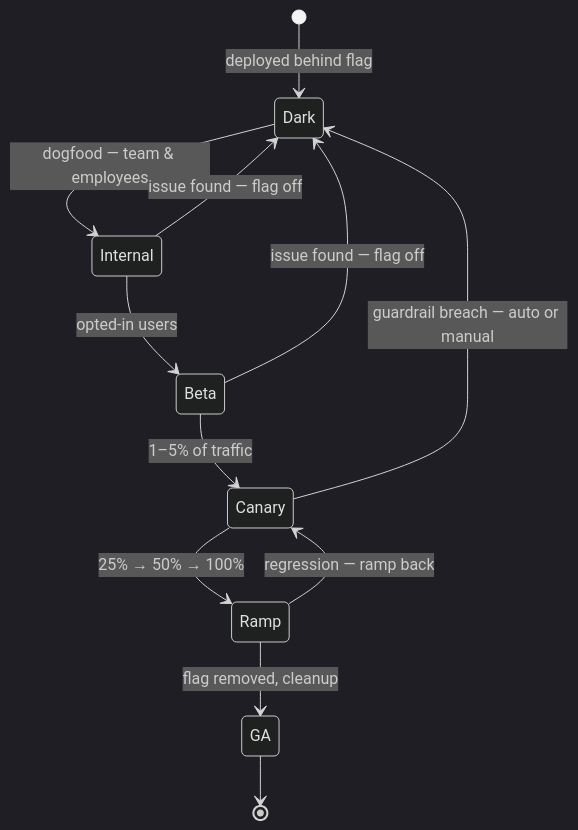
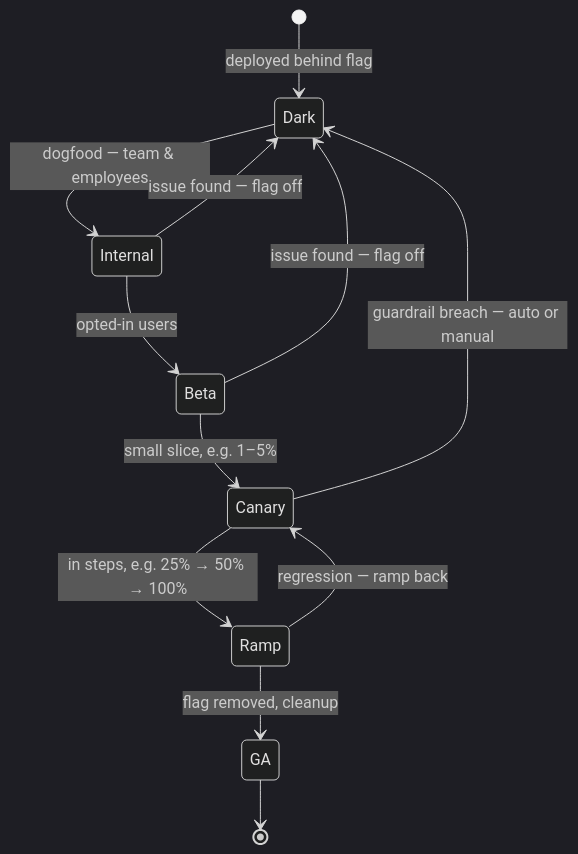
The diagram in technical-product-management/launches-rollouts-and-migrations.md (aakashagg123/gatsby), drawn with Mermaid (dark theme) before and after one commit. The commit also changed other lines of this file and 9 other files, not shown here.

````diff
--- a/technical-product-management/launches-rollouts-and-migrations.md
+++ b/technical-product-management/launches-rollouts-and-migrations.md
@@ -20,14 +20,14 @@
 ```mermaid
 stateDiagram-v2
     [*] --> Dark : deployed behind flag
     Dark --> Internal : dogfood — team & employees
     Internal --> Beta : opted-in users
-    Beta --> Canary : 1–5% of traffic
-    Canary --> Ramp : 25% → 50% → 100%
+    Beta --> Canary : small slice, e.g. 1–5%
+    Canary --> Ramp : in steps, e.g. 25% → 50% → 100%
     Ramp --> GA : flag removed, cleanup
     Internal --> Dark : issue found — flag off
     Beta --> Dark : issue found — flag off
     Canary --> Dark : guardrail breach — auto or manual
     Ramp --> Canary : regression — ramp back
     GA --> [*]
 ```
````
